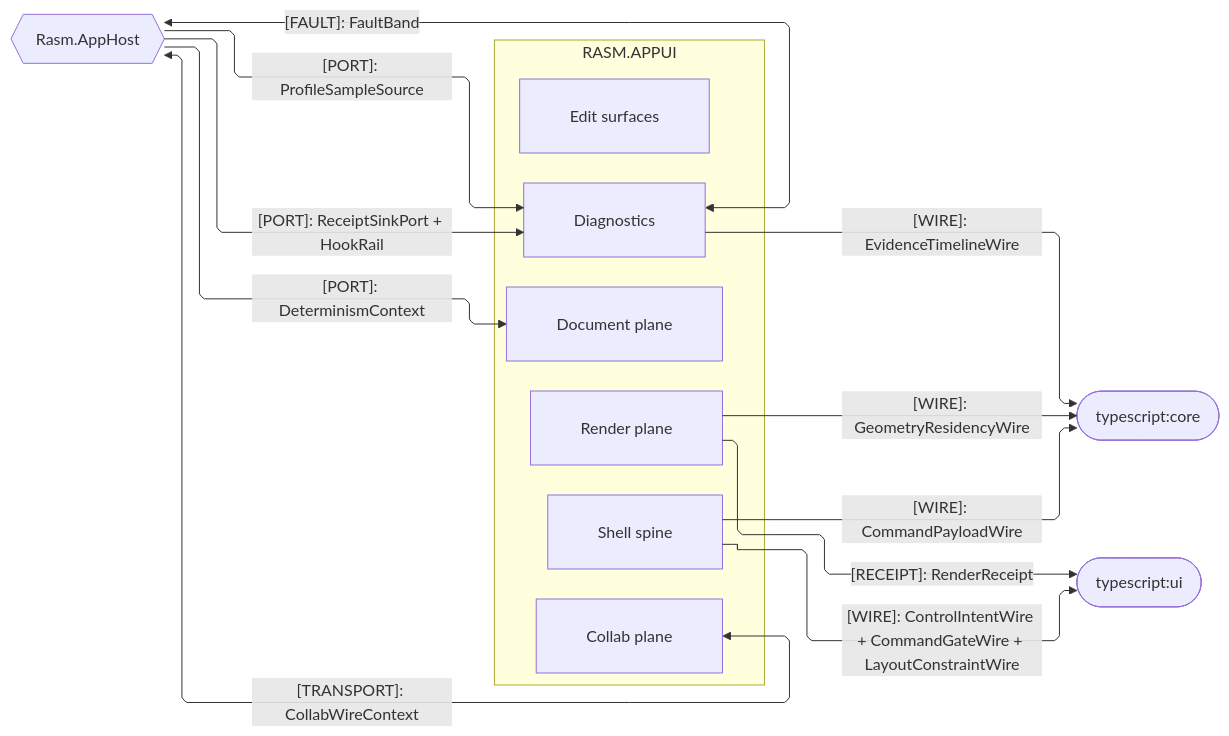
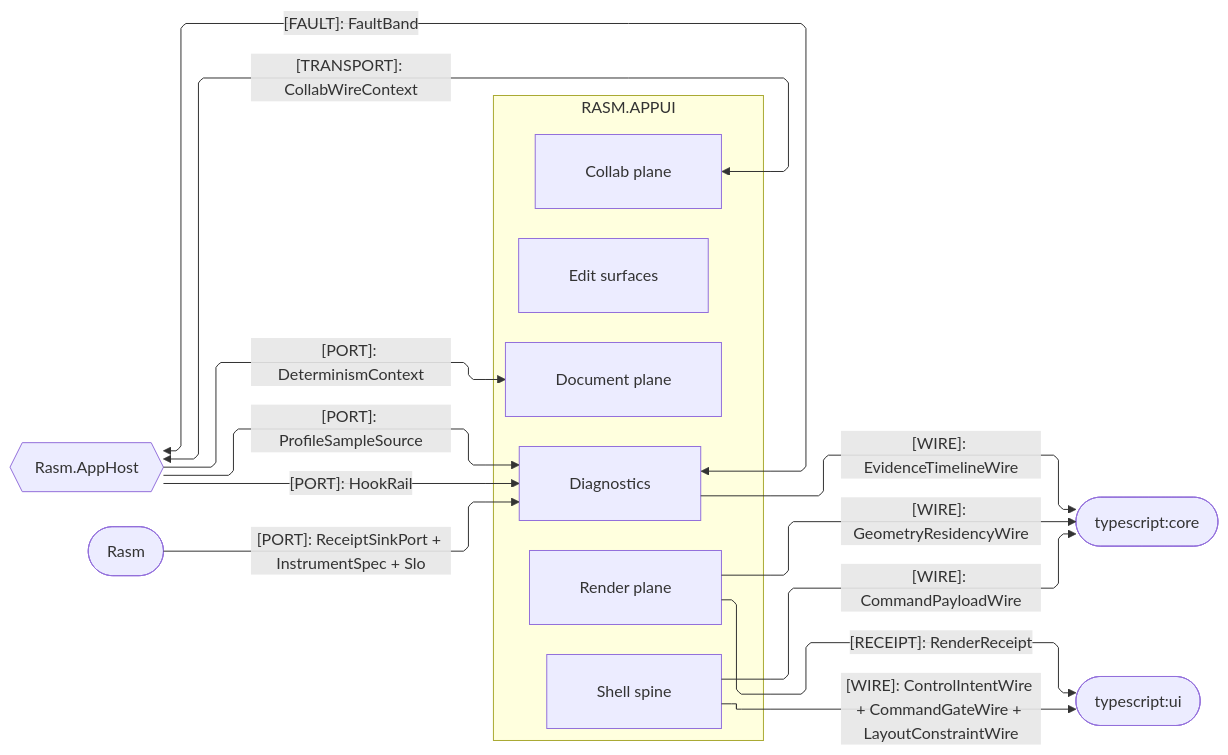
Before and after one commit to bsamiee/Rasm: the third of 3 diagrams in libs/csharp/Rasm.AppUi/ARCHITECTURE.md, drawn with Mermaid. The commit also changed other lines of this file and 249 other files, not shown here.

````diff
--- a/libs/csharp/Rasm.AppUi/ARCHITECTURE.md
+++ b/libs/csharp/Rasm.AppUi/ARCHITECTURE.md
@@ -164,33 +166,35 @@
 ```mermaid
 ---
 config:
   layout: elk
   flowchart:
     curve: linear
     padding: 25
 ---
 flowchart LR
     accTitle: AppUi platform-host and cross-runtime wire seams
     accDescr: AppUi owners exchanging wires, receipts, ports, transport, and the fault-band adjacency with the app host and the TypeScript peers.
     subgraph appui[RASM.APPUI]
         Shell[Shell spine]
         Render[Render plane]
         Editing[Edit surfaces]
         Document[Document plane]
         Collab[Collab plane]
         Diagnostics[Diagnostics]
     end
     AppHost{{Rasm.AppHost}}
+    Rasm([Rasm])
     Core([typescript:core])
     Ui([typescript:ui])
     Shell -->|"[WIRE]: CommandPayloadWire"| Core
     Render -->|"[WIRE]: GeometryResidencyWire"| Core
     Diagnostics -->|"[WIRE]: EvidenceTimelineWire"| Core
     Shell -->|"[WIRE]: ControlIntentWire + CommandGateWire + LayoutConstraintWire"| Ui
     Render -->|"[RECEIPT]: RenderReceipt"| Ui
     AppHost -->|"[PORT]: DeterminismContext"| Document
     Diagnostics <-->|"[FAULT]: FaultBand"| AppHost
-    AppHost -->|"[PORT]: ReceiptSinkPort + HookRail"| Diagnostics
+    Rasm -->|"[PORT]: ReceiptSinkPort + InstrumentSpec + Slo"| Diagnostics
+    AppHost -->|"[PORT]: HookRail"| Diagnostics
     AppHost -->|"[PORT]: ProfileSampleSource"| Diagnostics
     Collab <-->|"[TRANSPORT]: CollabWireContext"| AppHost
 ```
````
